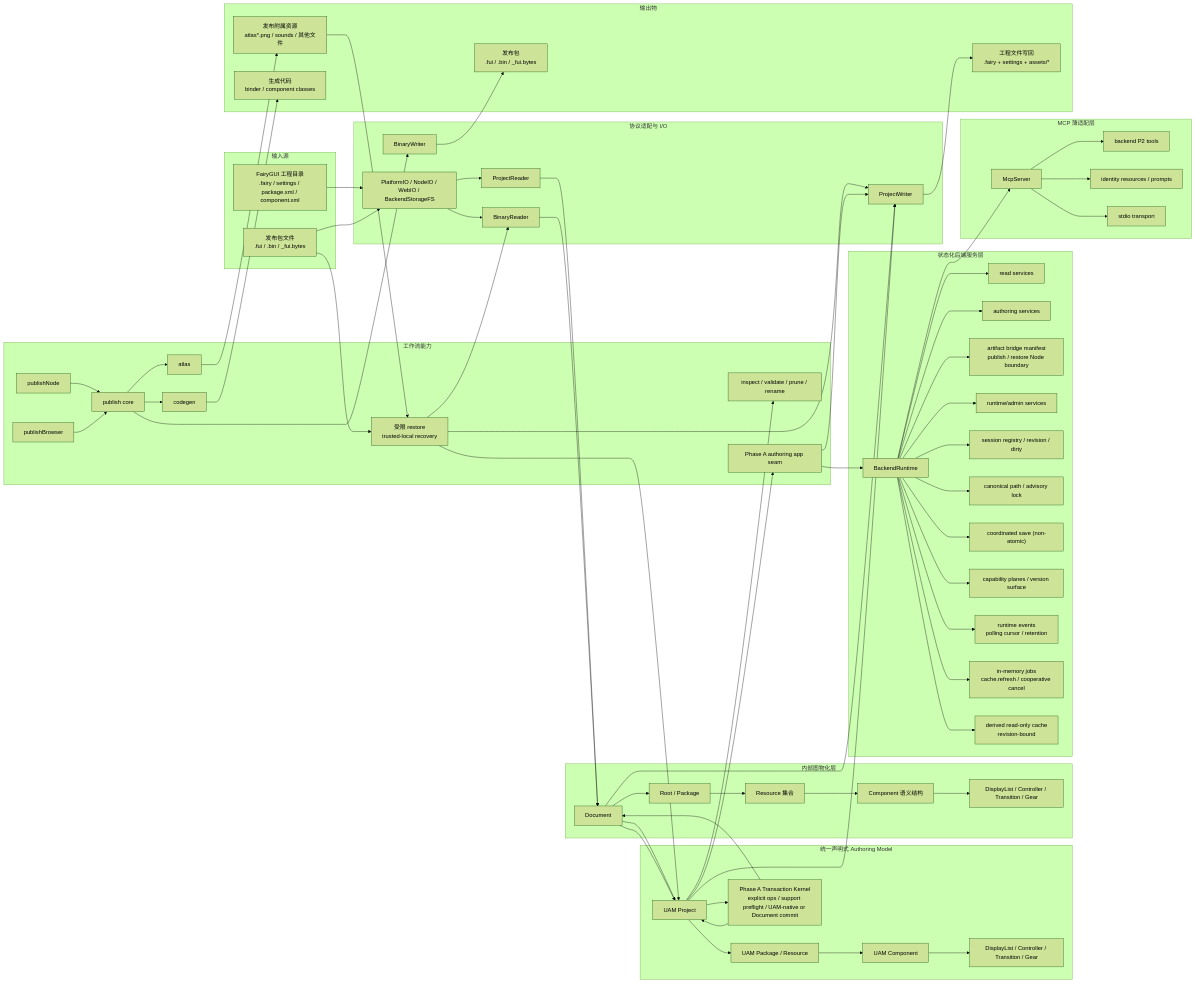
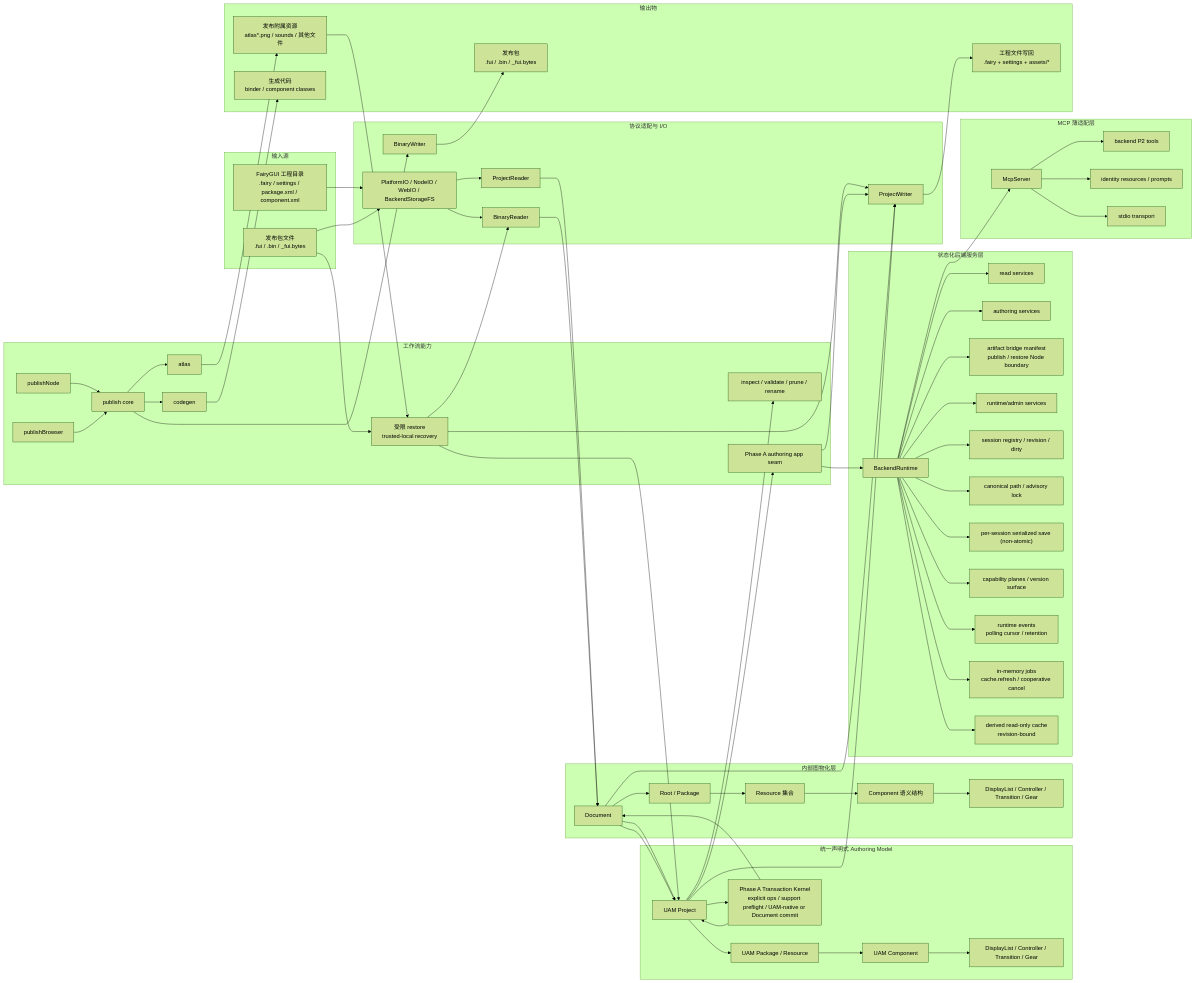
One commit to OpenFairyGUI/OpenFairyGUI changed the first of 2 diagrams in docs/architecture-overview.md. Above: the diagram before and after it, drawn with Mermaid (forest theme). The commit also changed other lines of this file and 10 other files, not shown here.

```diff
--- a/docs/architecture-overview.md
+++ b/docs/architecture-overview.md
@@ -61,7 +61,7 @@
         RU["runtime/admin services"]
         SS["session registry / revision / dirty"]
         LK["canonical path / advisory lock"]
-        SV["coordinated save (non-atomic)"]
+        SV["per-session serialized save (non-atomic)"]
         CAP["capability planes / version surface"]
         EV["runtime events<br/>polling cursor / retention"]
         JOB["in-memory jobs<br/>cache.refresh / cooperative cancel"]
```
